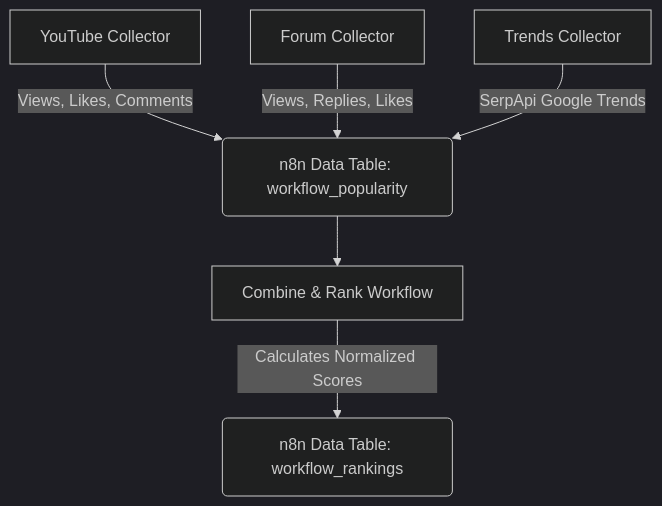
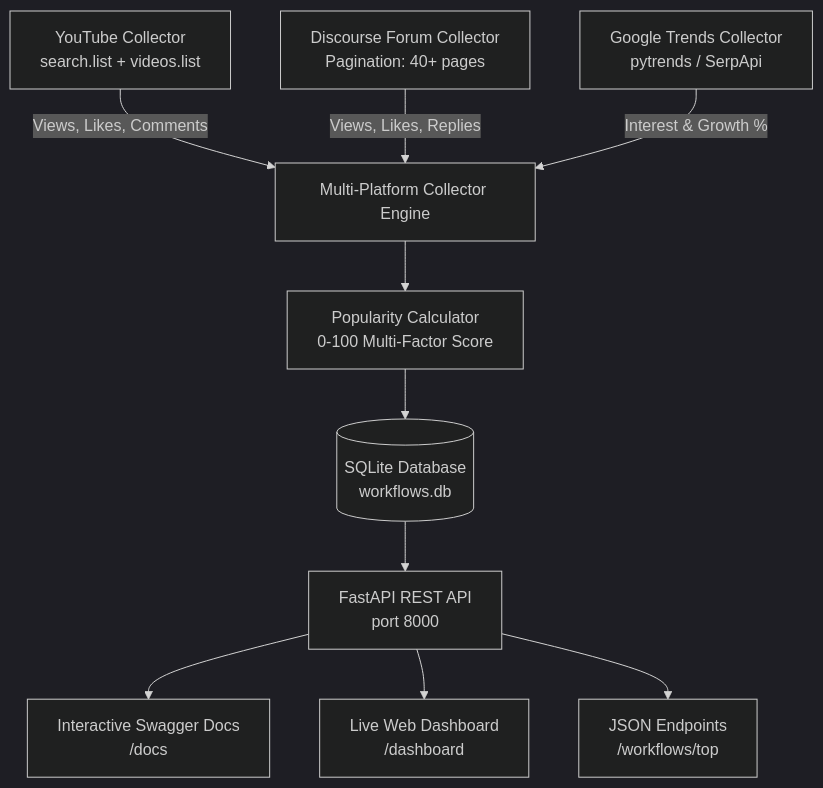
Before and after one commit to mimraj-ai1/n8n-workflow-popularity-system: the diagram in README.md, drawn with Mermaid (dark theme). The commit also changed other lines of this file, not shown here.

Commit message:
Enhance README with API documentation, 1,350+ dataset evidence, and quickstart instructions

````diff
--- a/README.md
+++ b/README.md
@@ -11,9 +28,14 @@
 ```mermaid
 graph TD
-    A[YouTube Collector] -->|Views, Likes, Comments| T1(n8n Data Table: workflow_popularity)
-    B[Forum Collector] -->|Views, Replies, Likes| T1
-    C[Trends Collector] -->|SerpApi Google Trends| T1
+    A[YouTube Collector<br/>search.list + videos.list] -->|Views, Likes, Comments| S[Multi-Platform Collector Engine]
+    B[Discourse Forum Collector<br/>Pagination: 40+ pages] -->|Views, Likes, Replies| S
+    C[Google Trends Collector<br/>pytrends / SerpApi] -->|Interest & Growth %| S
     
-    T1 --> D[Combine & Rank Workflow]
-    D -->|Calculates Normalized Scores| T2(n8n Data Table: workflow_rankings)
+    S --> D[Popularity Calculator<br/>0-100 Multi-Factor Score]
+    D --> E[(SQLite Database<br/>workflows.db)]
+    
+    E --> F[FastAPI REST API<br/>port 8000]
+    F --> G[Interactive Swagger Docs<br/>/docs]
+    F --> H[Live Web Dashboard<br/>/dashboard]
+    F --> I[JSON Endpoints<br/>/workflows/top]
 ```
````
